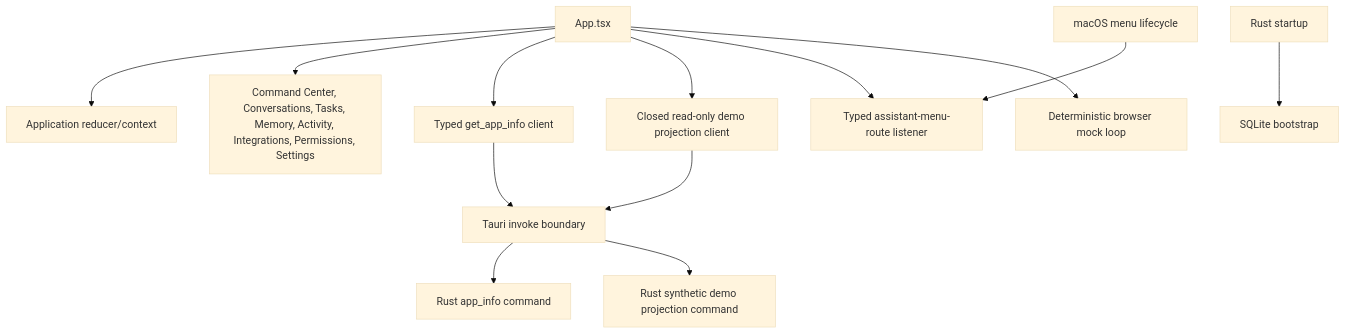
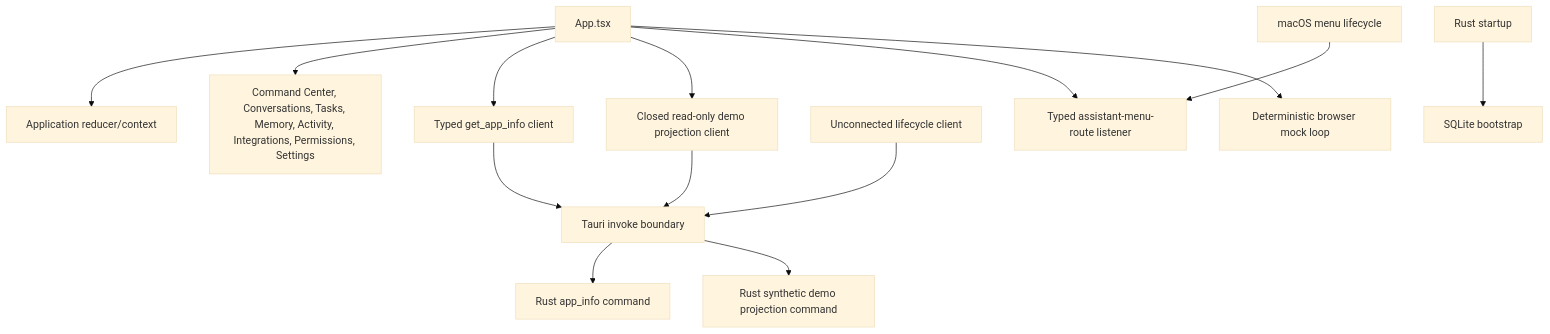
The second of 5 diagrams in ARCHITECTURE.md (SillyRbbit/ai-agent-assistant), drawn with Mermaid (base theme) before and after one commit. The commit also changed other lines of this file and 10 other files, not shown here.

````diff
--- a/ARCHITECTURE.md
+++ b/ARCHITECTURE.md
@@ -52,15 +52,16 @@
 ```mermaid
 flowchart TD
     App["App.tsx"] --> State["Application reducer/context"]
     App --> Pages["Command Center, Conversations, Tasks, Memory, Activity, Integrations, Permissions, Settings"]
     App --> InfoClient["Typed get_app_info client"]
     App --> DemoProjectionClient["Closed read-only demo projection client"]
+    LifecycleClient["Unconnected lifecycle client"] --> IPC
     App --> MenuClient["Typed assistant-menu-route listener"]
     InfoClient --> IPC["Tauri invoke boundary"]
     DemoProjectionClient --> IPC
     IPC --> Info["Rust app_info command"]
     IPC --> DemoProjection["Rust synthetic demo projection command"]
     Menu["macOS menu lifecycle"] --> MenuClient
     Startup["Rust startup"] --> Storage["SQLite bootstrap"]
     App --> Mock["Deterministic browser mock loop"]
 ```
````
